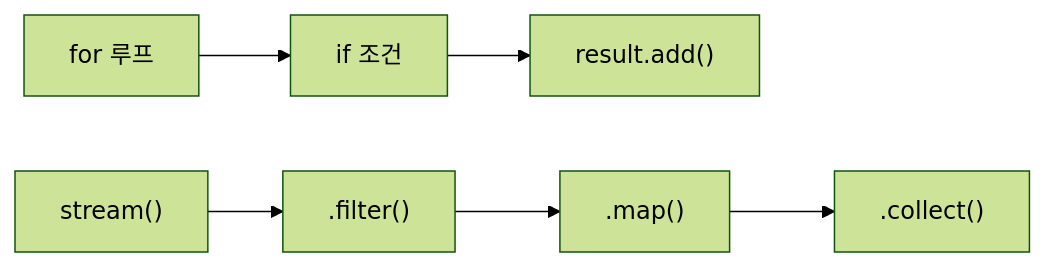
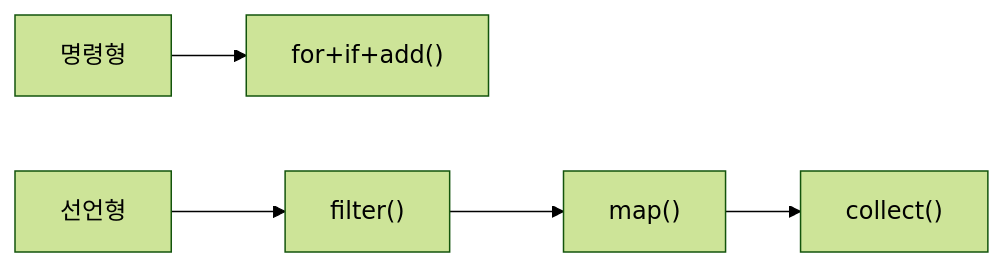
Before and after one commit to yjkim2015/yjkim2015.github.io: the first of 2 diagrams in _posts/java/2026-05-01-java-functional-programming.md, drawn with Mermaid (forest theme). The commit also changed other lines of this file and 245 other files, not shown here.

First line of the commit message:
Mermaid 다이어그램 전면 수정 + 면접 포인트 접기/펼치기 + DB 데드락 페이지

````diff
--- a/_posts/java/2026-05-01-java-functional-programming.md
+++ b/_posts/java/2026-05-01-java-functional-programming.md
@@ -20,8 +20,7 @@
 ```mermaid
 graph LR
-    A["for 루프"] --> B["if 조건"]
-    B --> C["result.add()"]
-    D["stream()"] --> E[".filter()"]
-    E --> F[".map()"]
-    F --> G[".collect()"]
+    A["명령형"] --> B["for+if+add()"]
+    C["선언형"] --> D["filter()"]
+    D --> E["map()"]
+    E --> F["collect()"]
 ```
````
